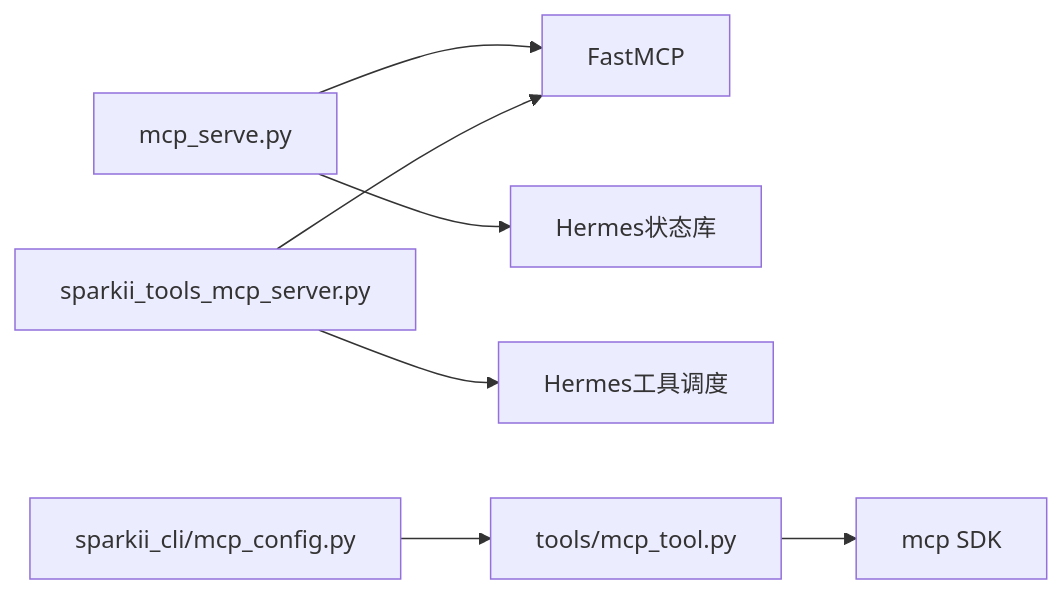
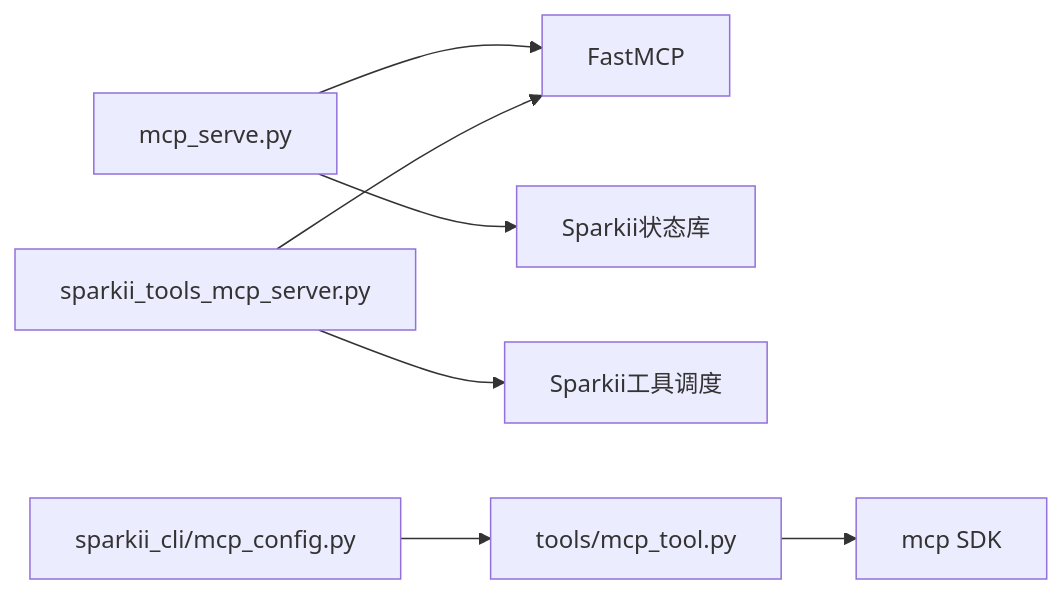
The seventh of 7 diagrams in .qoder/repowiki/zh/content/API参考/MCP协议.md (YueDJ/SpaikiiDesktop), drawn with Mermaid before and after one commit. The commit also changed other lines of this file and 299 other files, not shown here.

````diff
--- a/.qoder/repowiki/zh/content/API参考/MCP协议.md
+++ b/.qoder/repowiki/zh/content/API参考/MCP协议.md
@@ -317,9 +317,9 @@
 ```mermaid
 graph LR
 A["mcp_serve.py"] --> B["FastMCP"]
-A --> C["Hermes状态库"]
+A --> C["Sparkii状态库"]
 D["sparkii_tools_mcp_server.py"] --> B
-D --> E["Hermes工具调度"]
+D --> E["Sparkii工具调度"]
 F["tools/mcp_tool.py"] --> G["mcp SDK"]
 H["sparkii_cli/mcp_config.py"] --> F
 ```
````
